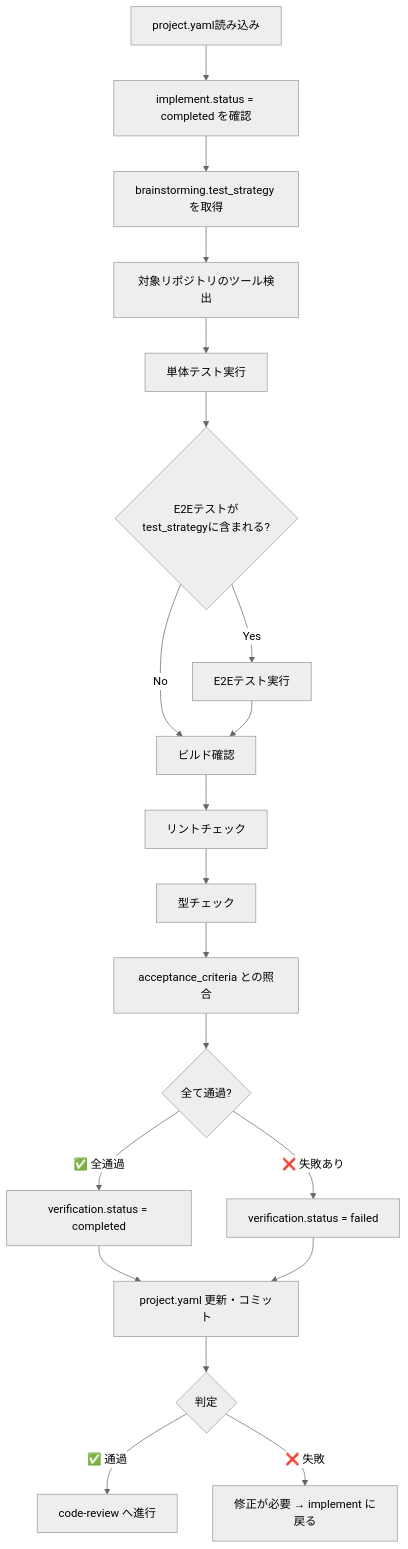
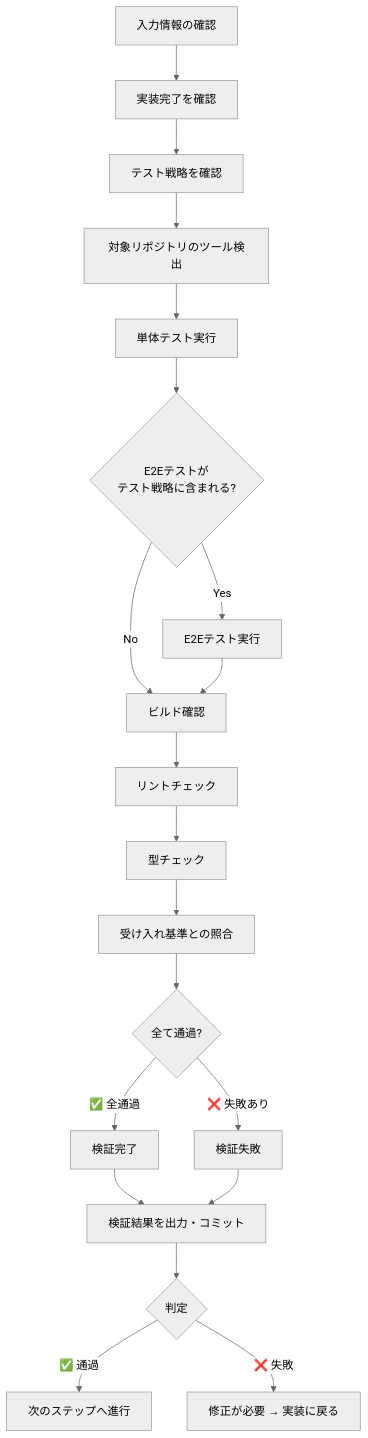
Before and after one commit to NagasakaH/dev-process: the diagram in .claude/skills/verification/SKILL.md, drawn with Mermaid (neutral theme). The commit also changed other lines of this file and 30 other files, not shown here.

````diff
--- a/.claude/skills/verification/SKILL.md
+++ b/.claude/skills/verification/SKILL.md
@@ -59,22 +48,22 @@
 ```mermaid
 flowchart TD
-    A[project.yaml読み込み] --> B[implement.status = completed を確認]
-    B --> B2[brainstorming.test_strategy を取得]
+    A[入力情報の確認] --> B[実装完了を確認]
+    B --> B2[テスト戦略を確認]
     B2 --> C[対象リポジトリのツール検出]
     C --> D[単体テスト実行]
-    D --> D2{E2Eテストが<br/>test_strategyに含まれる?}
+    D --> D2{E2Eテストが<br/>テスト戦略に含まれる?}
     D2 -->|Yes| D3[E2Eテスト実行]
     D2 -->|No| E[ビルド確認]
     D3 --> E[ビルド確認]
     E --> F[リントチェック]
     F --> G[型チェック]
-    G --> G2[acceptance_criteria との照合]
+    G --> G2[受け入れ基準との照合]
     G2 --> H{全て通過?}
-    H -->|✅ 全通過| I[verification.status = completed]
-    H -->|❌ 失敗あり| J[verification.status = failed]
-    I --> K[project.yaml 更新・コミット]
+    H -->|✅ 全通過| I[検証完了]
+    H -->|❌ 失敗あり| J[検証失敗]
+    I --> K[検証結果を出力・コミット]
     J --> K
     K --> L{判定}
-    L -->|✅ 通過| M[code-review へ進行]
-    L -->|❌ 失敗| N[修正が必要 → implement に戻る]
+    L -->|✅ 通過| M[次のステップへ進行]
+    L -->|❌ 失敗| N[修正が必要 → 実装に戻る]
 ```
````
